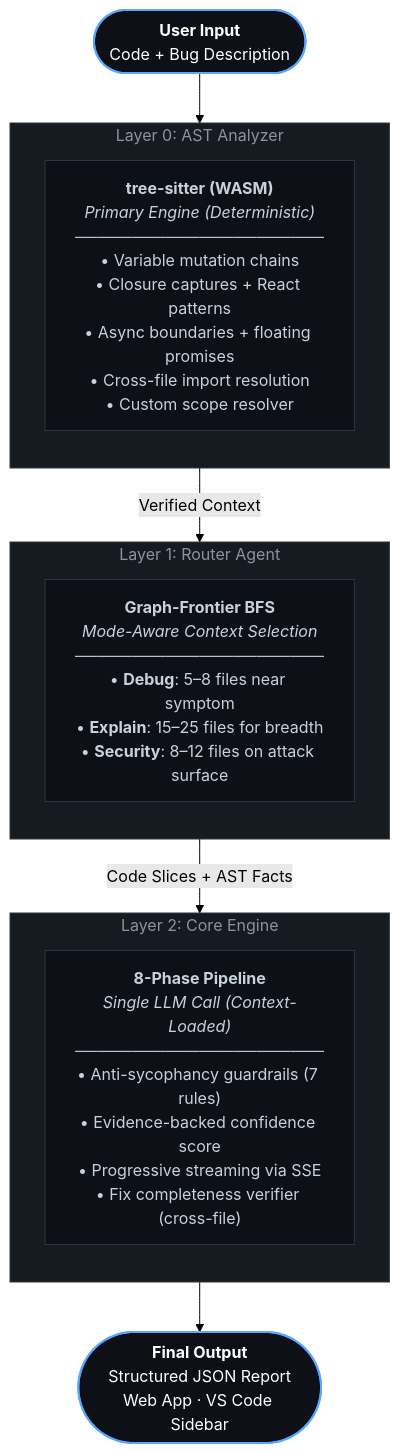
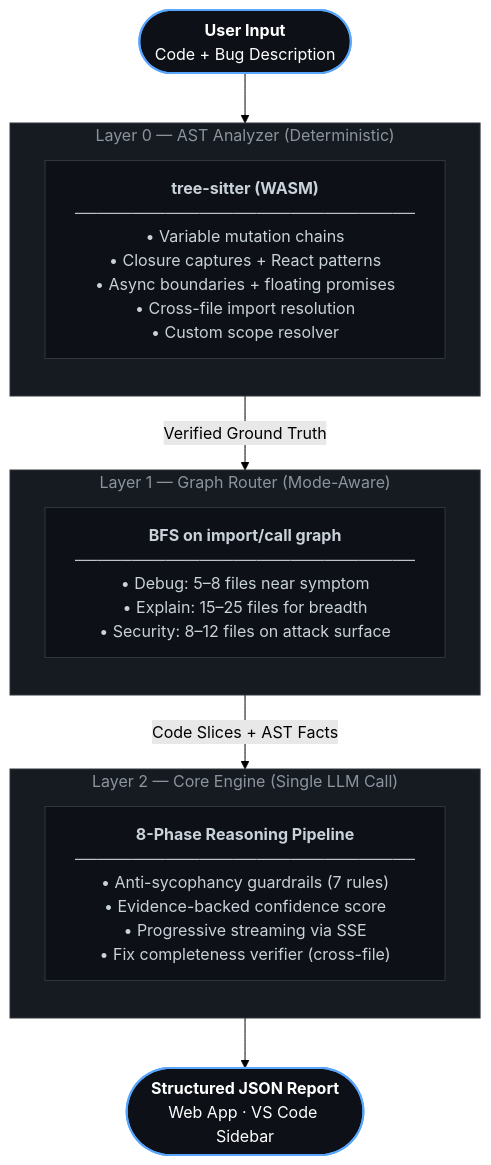
Before and after one commit to EruditeCoder108/UnravelAI: the second of 2 diagrams in README.md, drawn with Mermaid (forest theme). The commit also changed other lines of this file and 8 other files, not shown here.

Commit message:
ast fail error gone even on vs code, chnaged the viteconfig file that was the error, anyways the commit before this one was mp right in small codebase adn showed error in large ones now this one dosent

````diff
--- a/README.md
+++ b/README.md
@@ -40,38 +155,35 @@
 ```mermaid
 flowchart TD
-    %% Node Definitions
     A([<b>User Input</b><br/>Code + Bug Description])
-    
-    subgraph L0 ["Layer 0: AST Analyzer"]
+
+    subgraph L0 ["Layer 0 — AST Analyzer (Deterministic)"]
         direction TB
-        B["<b>tree-sitter (WASM)</b><br/><i>Primary Engine (Deterministic)</i><br/>──────────────────────<br/>• Variable mutation chains<br/>• Closure captures + React patterns<br/>• Async boundaries + floating promises<br/>• Cross-file import resolution<br/>• Custom scope resolver"]
+        B["<b>tree-sitter (WASM)</b><br/>──────────────────────────────<br/>• Variable mutation chains<br/>• Closure captures + React patterns<br/>• Async boundaries + floating promises<br/>• Cross-file import resolution<br/>• Custom scope resolver"]
     end
 
-    subgraph L1 ["Layer 1: Router Agent"]
+    subgraph L1 ["Layer 1 — Graph Router (Mode-Aware)"]
         direction TB
-        C["<b>Graph-Frontier BFS</b><br/><i>Mode-Aware Context Selection</i><br/>──────────────────────<br/>• <b>Debug</b>: 5–8 files near symptom<br/>• <b>Explain</b>: 15–25 files for breadth<br/>• <b>Security</b>: 8–12 files on attack surface"]
+        C["<b>BFS on import/call graph</b><br/>──────────────────────────────<br/>• Debug: 5–8 files near symptom<br/>• Explain: 15–25 files for breadth<br/>• Security: 8–12 files on attack surface"]
     end
 
-    subgraph L2 ["Layer 2: Core Engine"]
+    subgraph L2 ["Layer 2 — Core Engine (Single LLM Call)"]
         direction TB
-        D["<b>8-Phase Pipeline</b><br/><i>Single LLM Call (Context-Loaded)</i><br/>──────────────────────<br/>• Anti-sycophancy guardrails (7 rules)<br/>• Evidence-backed confidence score<br/>• Progressive streaming via SSE<br/>• Fix completeness verifier (cross-file)"]
+        D["<b>8-Phase Reasoning Pipeline</b><br/>──────────────────────────────<br/>• Anti-sycophancy guardrails (7 rules)<br/>• Evidence-backed confidence score<br/>• Progressive streaming via SSE<br/>• Fix completeness verifier (cross-file)"]
     end
 
-    E([<b>Final Output</b><br/>Structured JSON Report<br/>Web App · VS Code Sidebar])
+    E([<b>Structured JSON Report</b><br/>Web App · VS Code Sidebar])
 
-    %% Connections
     A --> L0
-    L0 -->|Verified Context| L1
+    L0 -->|Verified Ground Truth| L1
     L1 -->|Code Slices + AST Facts| L2
     L2 --> E
 
-    %% Styling
     style A fill:#0d1117,stroke:#58a6ff,stroke-width:2px,color:#fff
     style E fill:#0d1117,stroke:#58a6ff,stroke-width:2px,color:#fff
     style B fill:#0d1117,stroke:#30363d,color:#c9d1d9
     style C fill:#0d1117,stroke:#30363d,color:#c9d1d9
     style D fill:#0d1117,stroke:#30363d,color:#c9d1d9
     style L0 fill:#161b22,stroke:#30363d,color:#8b949e
     style L1 fill:#161b22,stroke:#30363d,color:#8b949e
     style L2 fill:#161b22,stroke:#30363d,color:#8b949e
 ```
````
